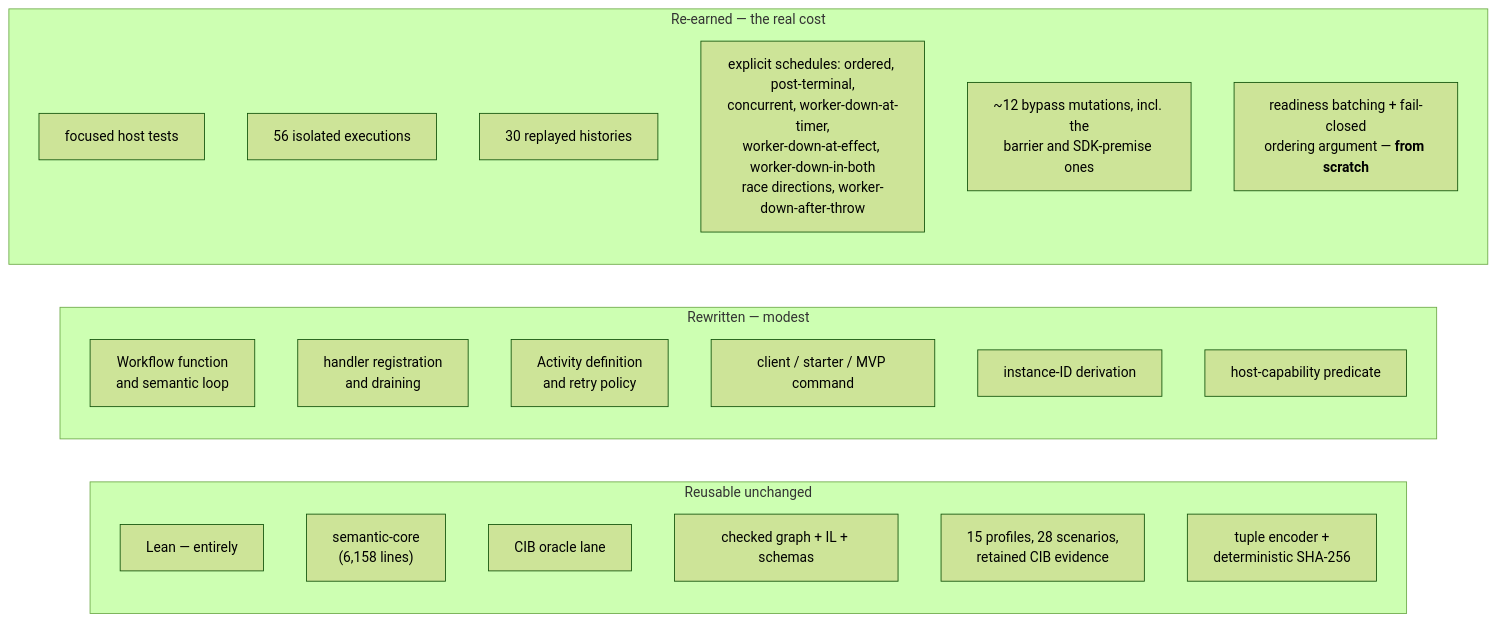
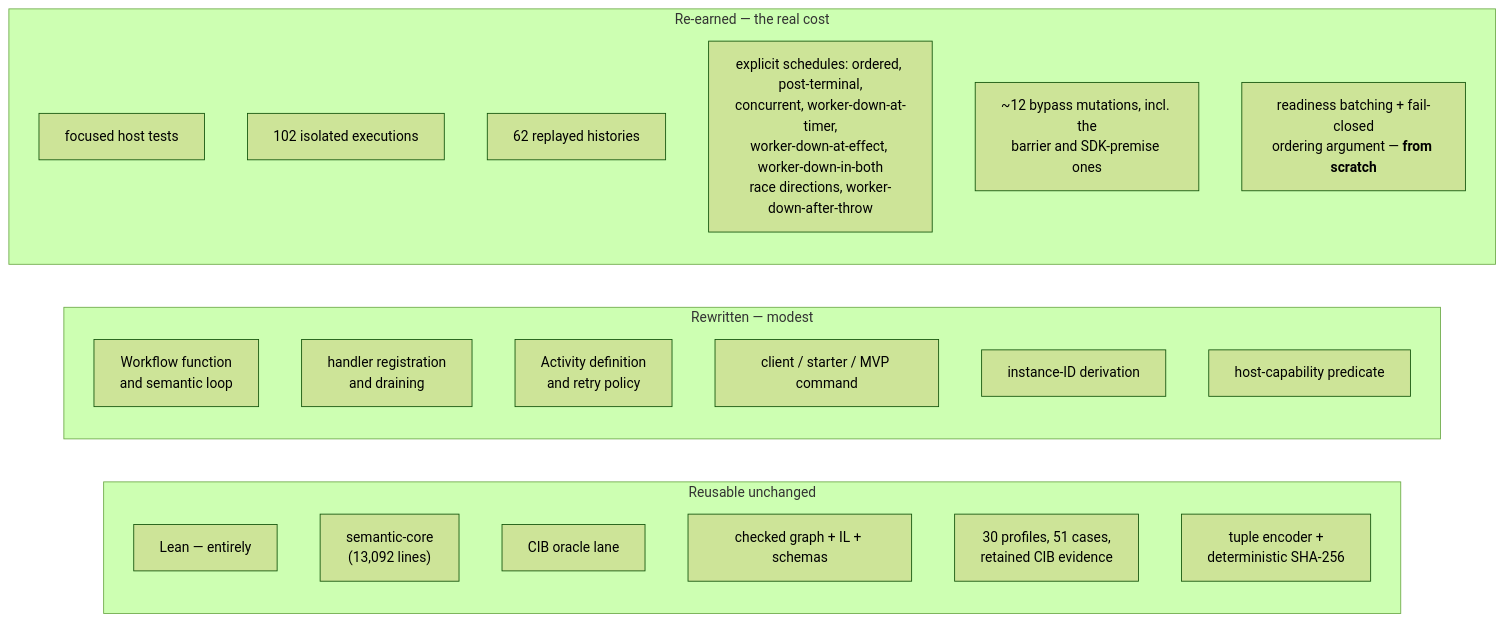
Before and after one commit to mbackschat/bpmn-lean-experiment-assessment: the diagram in 08-swapping-temporal.md, drawn with Mermaid (forest theme). The commit also changed other lines of this file and 21 other files, not shown here.

````diff
--- a/08-swapping-temporal.md
+++ b/08-swapping-temporal.md
@@ -85,27 +75,27 @@
 ```mermaid
 flowchart LR
     subgraph KEEP["Reusable unchanged"]
         K1["Lean — entirely"]
-        K2["semantic-core<br/>(6,158 lines)"]
+        K2["semantic-core<br/>(13,092 lines)"]
         K3["CIB oracle lane"]
         K4["checked graph + IL + schemas"]
-        K5["15 profiles, 28 scenarios,<br/>retained CIB evidence"]
+        K5["30 profiles, 51 cases,<br/>retained CIB evidence"]
         K6["tuple encoder +<br/>deterministic SHA-256"]
     end
     subgraph SMALL["Rewritten — modest"]
         S1["Workflow function<br/>and semantic loop"]
         S2["handler registration<br/>and draining"]
         S3["Activity definition<br/>and retry policy"]
         S4["client / starter / MVP command"]
         S5["instance-ID derivation"]
         S6["host-capability predicate"]
     end
     subgraph BIG["Re-earned — the real cost"]
         B1["focused host tests"]
-        B2["56 isolated executions"]
-        B3["30 replayed histories"]
+        B2["102 isolated executions"]
+        B3["62 replayed histories"]
         B4["explicit schedules: ordered, post-terminal,<br/>concurrent, worker-down-at-timer,<br/>worker-down-at-effect, worker-down-in-both<br/>race directions, worker-down-after-throw"]
         B5["~12 bypass mutations, incl. the<br/>barrier and SDK-premise ones"]
         B6["readiness batching + fail-closed<br/>ordering argument — <b>from scratch</b>"]
     end
 ```
````
